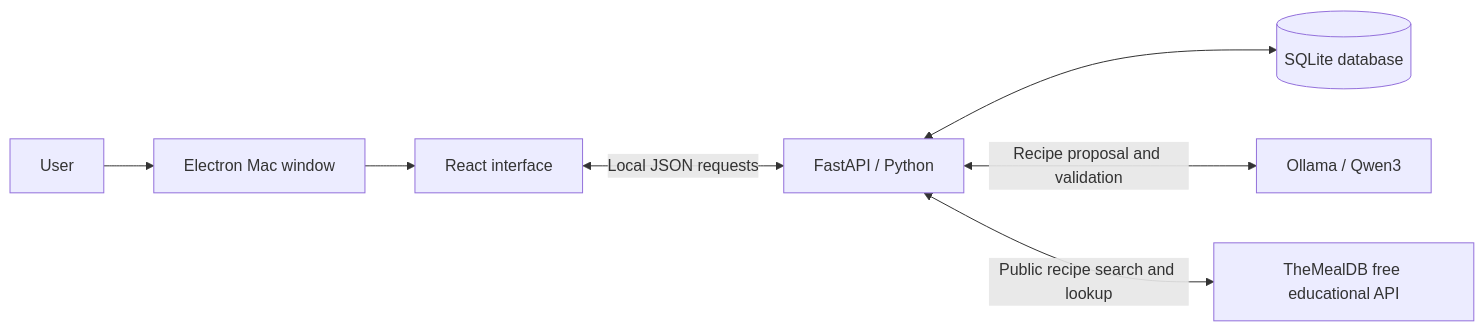
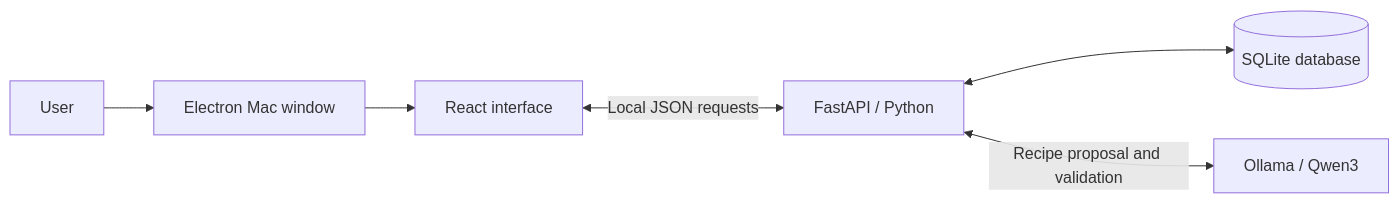
Before and after one commit to miggymaliksi/CO-TC-Case-Comp-Winners: the diagram in docs/PROJECT_SUMMARY.md, drawn with Mermaid. The commit also changed other lines of this file and 14 other files, not shown here.

````diff
--- a/docs/PROJECT_SUMMARY.md
+++ b/docs/PROJECT_SUMMARY.md
@@ -36,9 +36,8 @@
 ```mermaid
 flowchart LR
     U[User] --> E[Electron Mac window]
     E --> R[React interface]
     R <-->|Local JSON requests| P[FastAPI / Python]
     P <--> D[(SQLite database)]
     P <-->|Recipe proposal and validation| A[Ollama / Qwen3]
-    P <-->|Public recipe search and lookup| T[TheMealDB free educational API]
 ```
````
